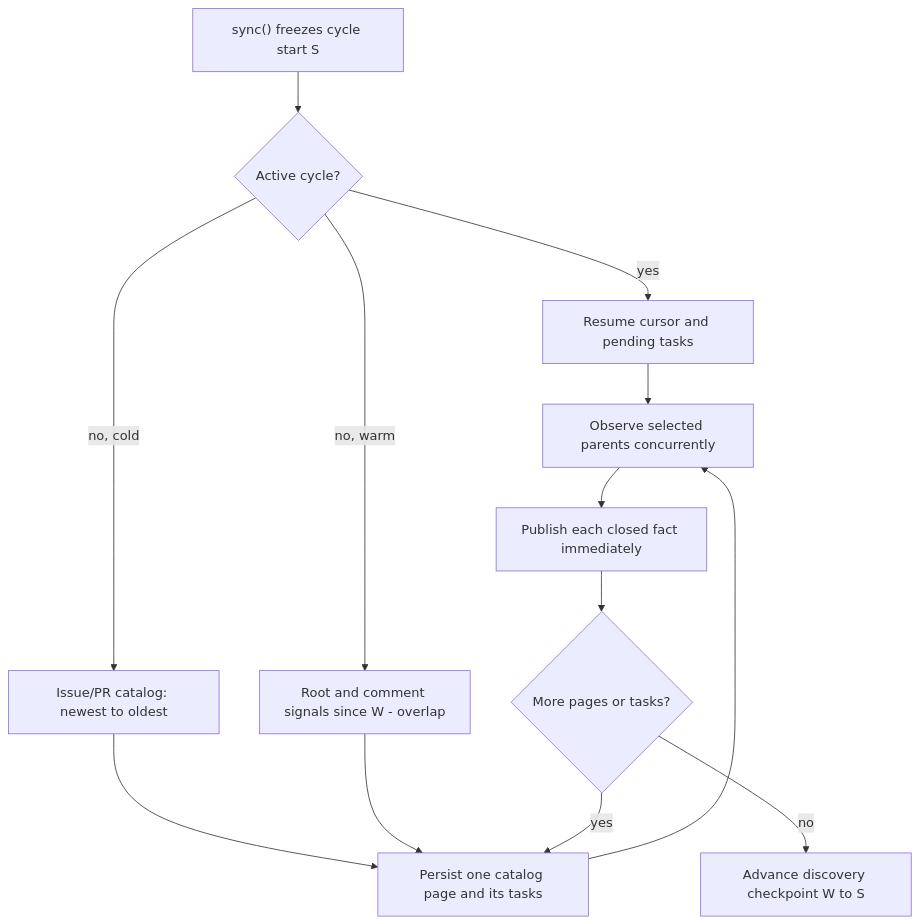
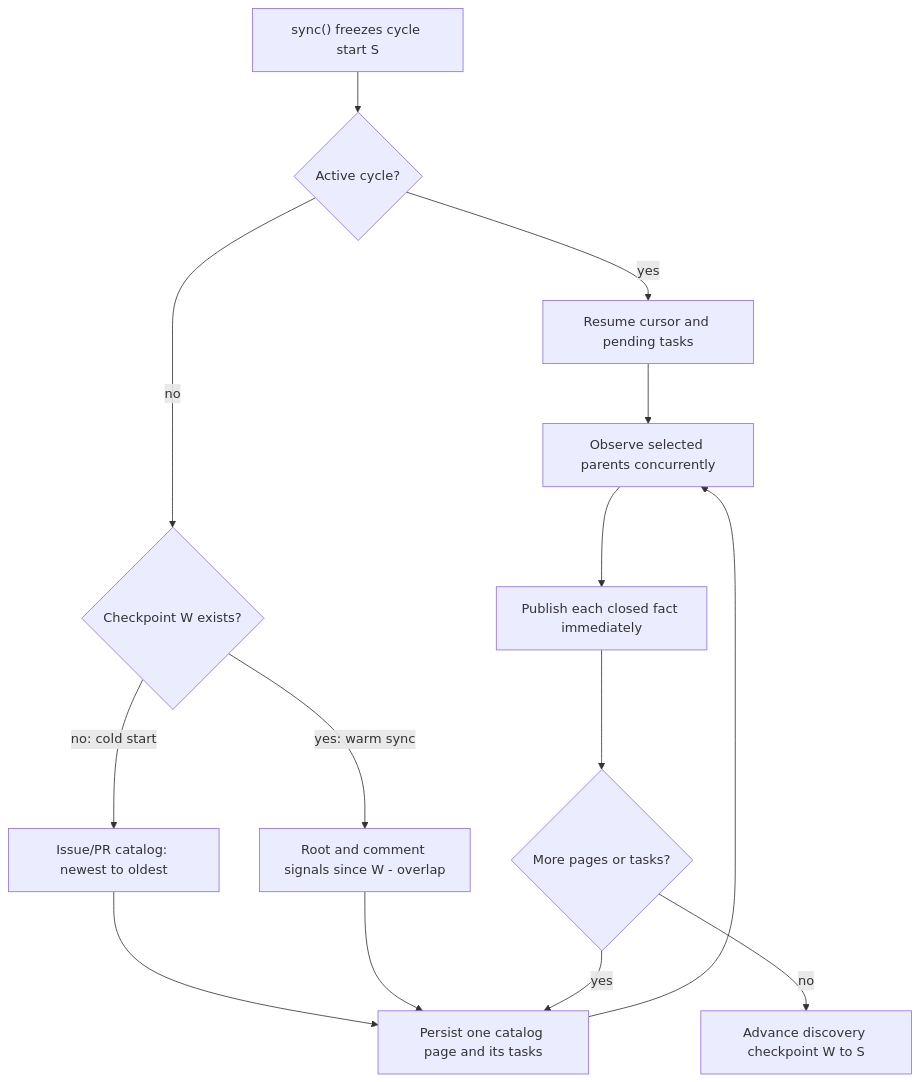
The diagram in docs/github-puller.md (Delva0/gh-puller), drawn with Mermaid before and after one commit.

Commit message:
docs(github): distinguish cold and warm cycles

````diff
--- a/docs/github-puller.md
+++ b/docs/github-puller.md
@@ -149,15 +149,16 @@
 ```mermaid
 flowchart TD
     Call["sync() freezes cycle start S"] --> Resume{"Active cycle?"}
     Resume -- "yes" --> Durable["Resume cursor and pending tasks"]
-    Resume -- "no, cold" --> Cold["Issue/PR catalog: newest to oldest"]
-    Resume -- "no, warm" --> Signals["Root and comment signals since W - overlap"]
+    Resume -- "no" --> Previous{"Checkpoint W exists?"}
+    Previous -- "no: cold start" --> Cold["Issue/PR catalog: newest to oldest"]
+    Previous -- "yes: warm sync" --> Signals["Root and comment signals since W - overlap"]
     Cold --> Page["Persist one catalog page and its tasks"]
     Signals --> Page
     Page --> Consume["Observe selected parents concurrently"]
     Consume --> Publish["Publish each closed fact immediately"]
     Publish --> More{"More pages or tasks?"}
     More -- "yes" --> Page
     More -- "no" --> Checkpoint["Advance discovery checkpoint W to S"]
     Durable --> Consume
 ```
````
